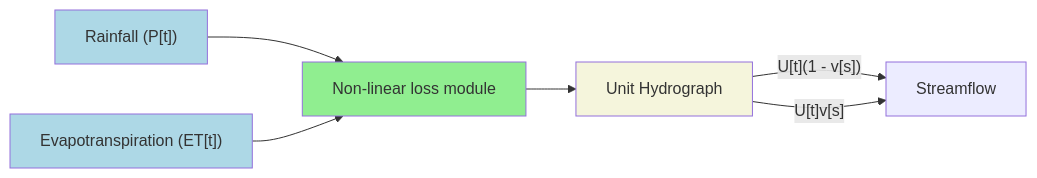
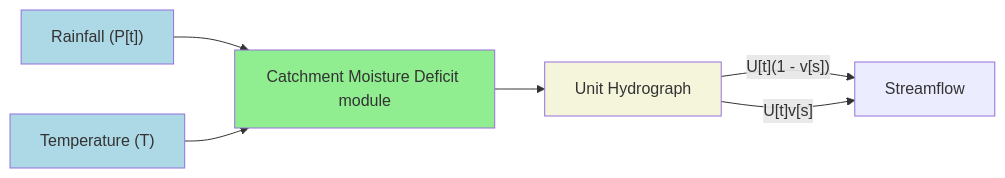
One commit to ConnectedSystems/ihacres_nim changed the first of 2 diagrams in primer.md. Above: the diagram before and after it, drawn with Mermaid. The commit also changed other lines of this file, not shown here.

Commit message:
Update figure and text

````diff
--- a/primer.md
+++ b/primer.md
@@ -7,20 +7,20 @@
 ```mermaid
 graph LR
 
   rainfall["Rainfall (P[t])"]
-  rainfall --> nl_loss[Non-linear loss module];
-  et["Evapotranspiration (ET[t])"] --> nl_loss[Non-linear loss module];
+  rainfall --> nl_loss["Catchment Moisture Deficit module"];
+  T["Temperature (T)"] --> nl_loss;
   nl_loss --> uh[Unit Hydrograph];
 
   uh -->|"U[t](1 - v[s])"| Streamflow;
   uh -->|"U[t]v[s]"| Streamflow;
 
   classDef variable fill:lightblue
-  class rainfall,et variable
+  class rainfall,T variable
 
   classDef nonlinear fill:lightgreen
   class nl_loss nonlinear
 
   classDef mUH fill:beige
   class uh mUH
 ```
````
